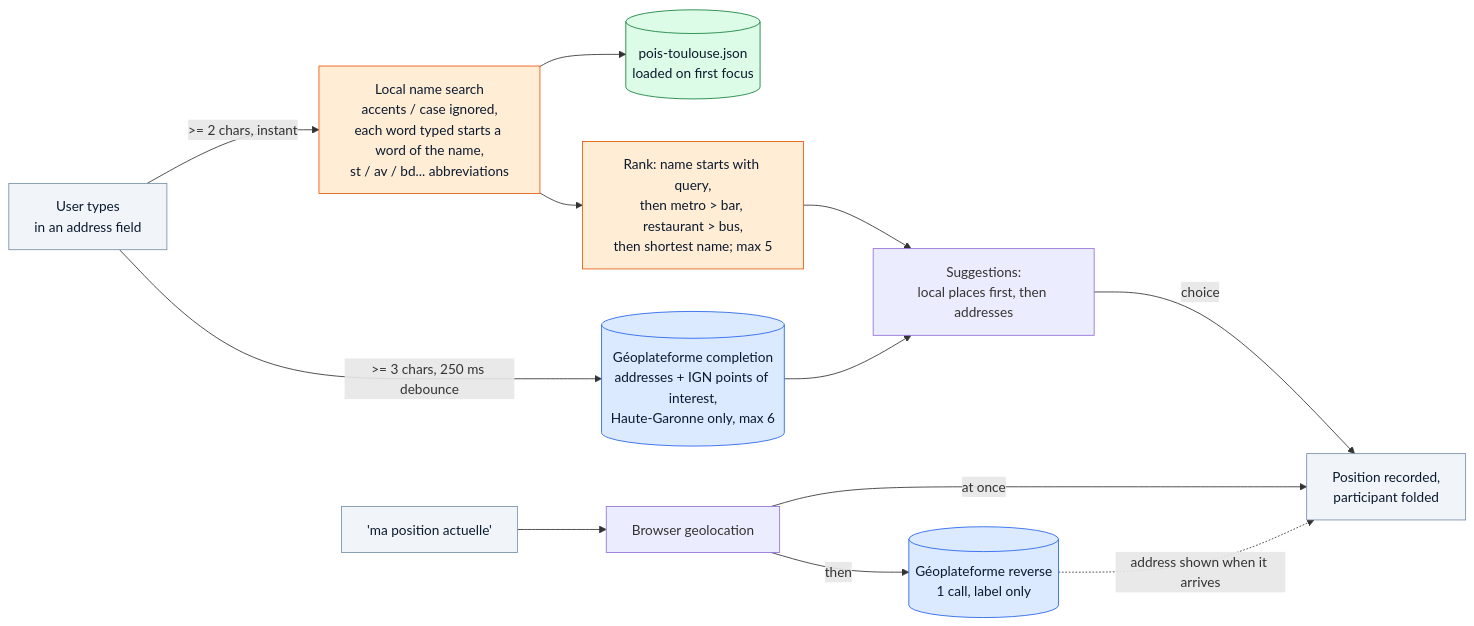
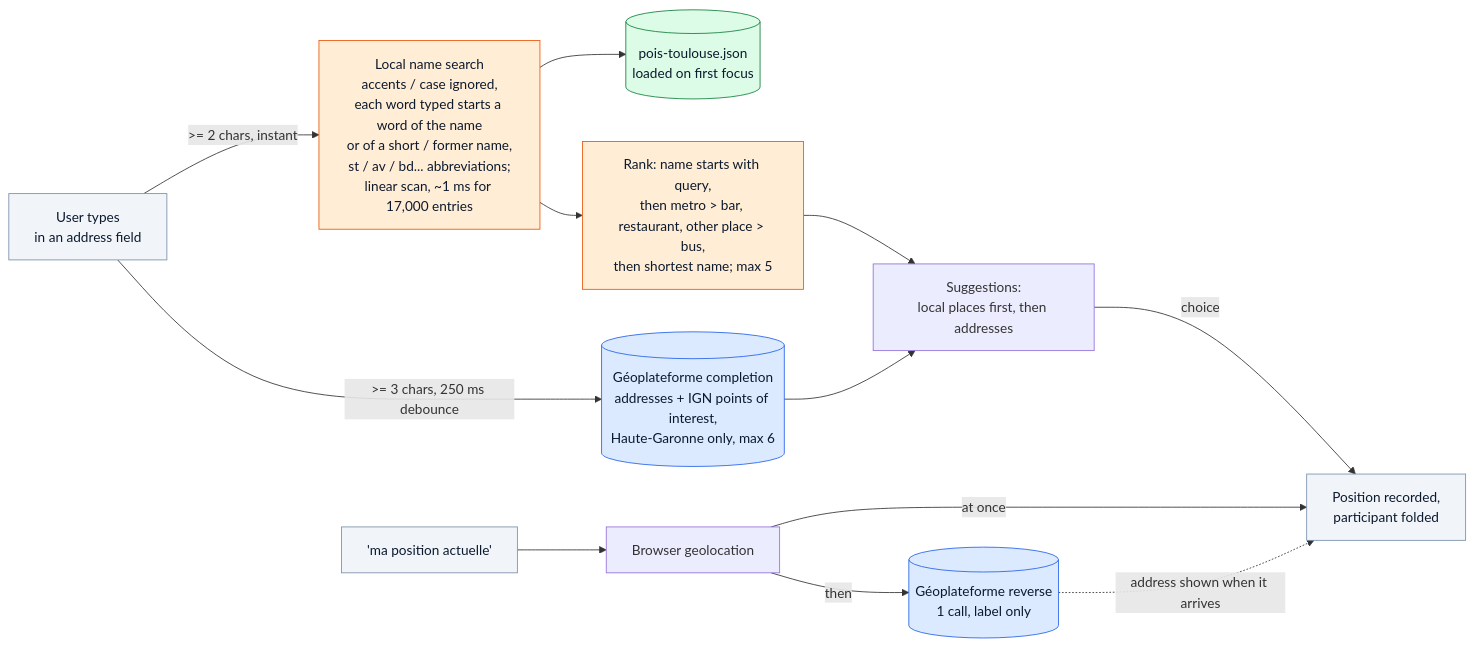
One commit to NicolasGresset/portfolio changed the second of 4 diagrams in docs/location-pipeline.md. Above: the diagram before and after it, drawn with Mermaid. The commit also changed other lines of this file and 5 other files, not shown here.

First line of the commit message:
Search companies, shops and well-known places by name in the local data

````diff
--- a/docs/location-pipeline.md
+++ b/docs/location-pipeline.md
@@ -60,21 +63,21 @@
 ```mermaid
 flowchart LR
     classDef api fill:#DBEAFE,stroke:#2563EB,color:#0C1A2E
     classDef local fill:#DCFCE7,stroke:#15803D,color:#0C1A2E
     classDef algo fill:#FFEDD5,stroke:#EA580C,color:#0C1A2E
     classDef user fill:#F1F5F9,stroke:#7A90AA,color:#0C1A2E
 
     TYPE["User types<br/>in an address field"]:::user
-    TYPE -->|">= 2 chars, instant"| LOCAL["Local name search<br/>accents / case ignored,<br/>each word typed starts a word of the name,<br/>st / av / bd... abbreviations"]:::algo
+    TYPE -->|">= 2 chars, instant"| LOCAL["Local name search<br/>accents / case ignored,<br/>each word typed starts a word of the name<br/>or of a short / former name,<br/>st / av / bd... abbreviations;<br/>linear scan, ~1 ms for 17,000 entries"]:::algo
     LOCAL --> JSON[("pois-toulouse.json<br/>loaded on first focus")]:::local
-    LOCAL --> RANK["Rank: name starts with query,<br/>then metro > bar, restaurant > bus,<br/>then shortest name; max 5"]:::algo
+    LOCAL --> RANK["Rank: name starts with query,<br/>then metro > bar, restaurant, other place > bus,<br/>then shortest name; max 5"]:::algo
     TYPE -->|">= 3 chars, 250 ms debounce"| COMPLETION[("Géoplateforme completion<br/>addresses + IGN points of interest,<br/>Haute-Garonne only, max 6")]:::api
     RANK --> LIST["Suggestions:<br/>local places first, then addresses"]
     COMPLETION --> LIST
     LIST -->|"choice"| POS["Position recorded,<br/>participant folded"]:::user
 
     GEO["'ma position actuelle'"]:::user --> BROWSERGEO["Browser geolocation"]
     BROWSERGEO -->|"at once"| POS
     BROWSERGEO -->|"then"| REVERSE[("Géoplateforme reverse<br/>1 call, label only")]:::api
     REVERSE -.->|"address shown when it arrives"| POS
 ```
````
